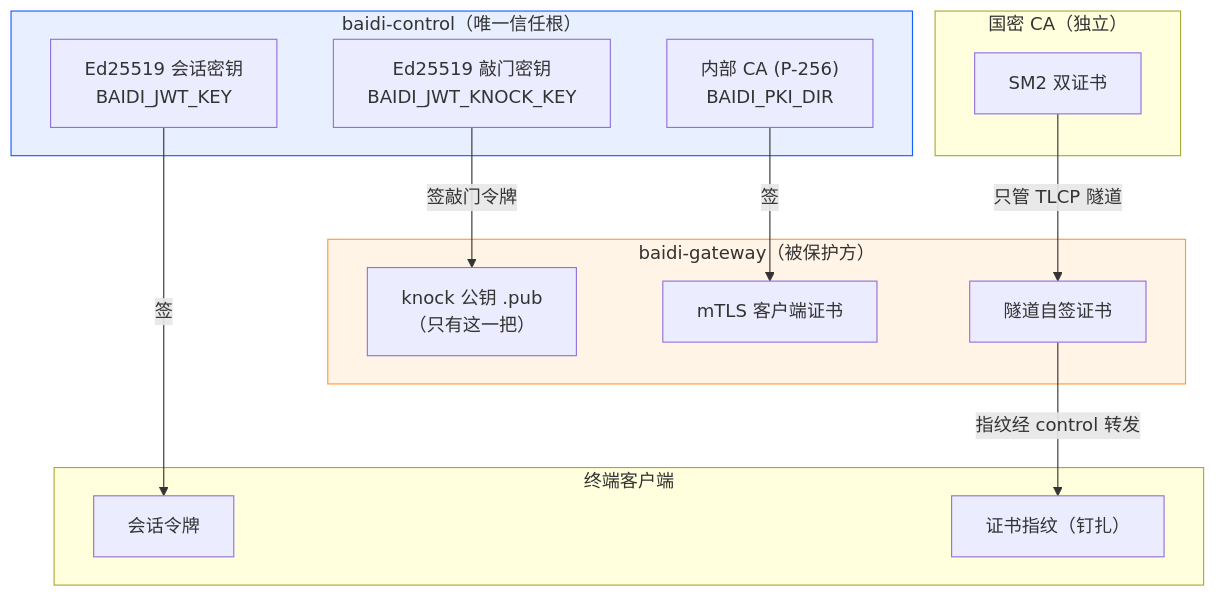
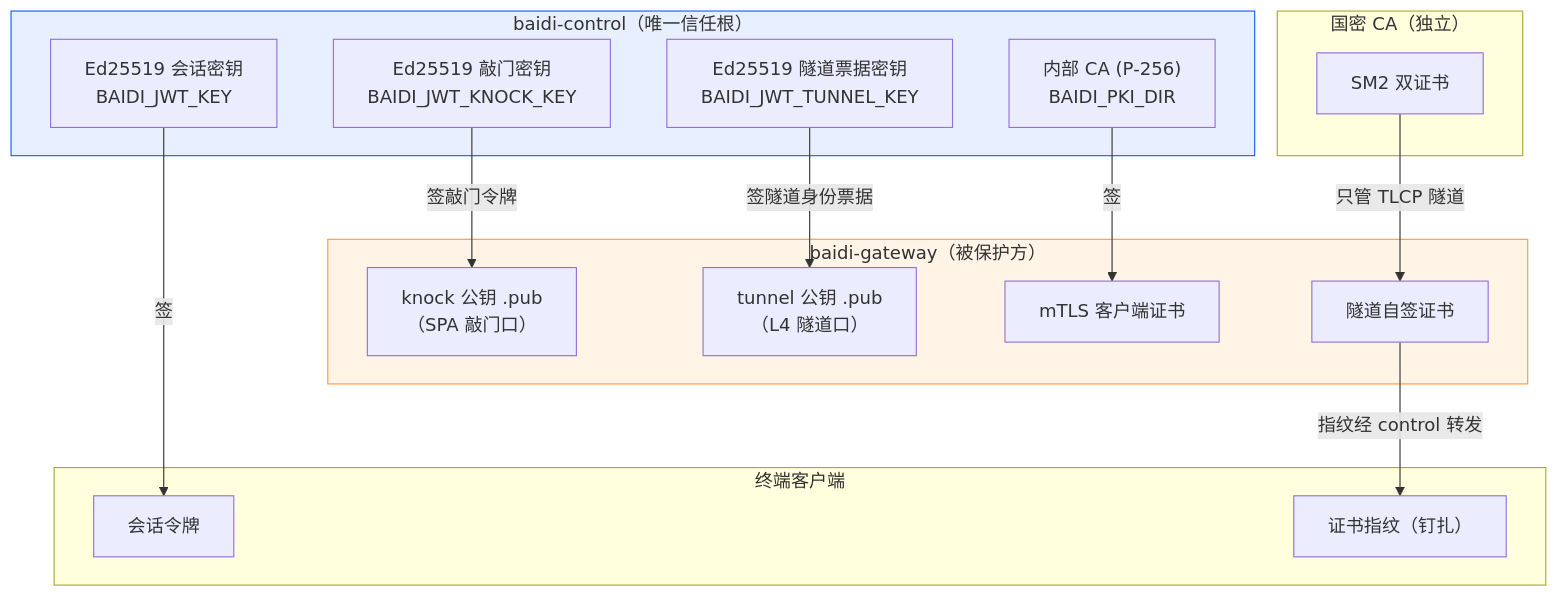
One commit to Promethues0/baidi changed the second of 3 diagrams in docs/ARCHITECTURE.md. Above: the diagram before and after it, drawn with Mermaid. The commit also changed other lines of this file and 1 other file, not shown here.

````diff
--- a/docs/ARCHITECTURE.md
+++ b/docs/ARCHITECTURE.md
@@ -101,29 +101,32 @@
 ```mermaid
 graph TB
     subgraph CT["baidi-control（唯一信任根）"]
         K1["Ed25519 会话密钥<br/>BAIDI_JWT_KEY"]
         K2["Ed25519 敲门密钥<br/>BAIDI_JWT_KNOCK_KEY"]
+        K3["Ed25519 隧道票据密钥<br/>BAIDI_JWT_TUNNEL_KEY"]
         CA1["内部 CA (P-256)<br/>BAIDI_PKI_DIR"]
     end
     subgraph GW["baidi-gateway（被保护方）"]
-        P2["knock 公钥 .pub<br/>（只有这一把）"]
+        P2["knock 公钥 .pub<br/>（SPA 敲门口）"]
+        P3["tunnel 公钥 .pub<br/>（L4 隧道口）"]
         MC["mTLS 客户端证书"]
         SC["隧道自签证书"]
     end
     subgraph CL["终端客户端"]
         TK["会话令牌"]
         PIN["证书指纹（钉扎）"]
     end
     subgraph GM["国密 CA（独立）"]
         SM["SM2 双证书"]
     end
 
     K1 -->|签| TK
     K2 -->|签敲门令牌| P2
+    K3 -->|签隧道身份票据| P3
     CA1 -->|签| MC
     SC -->|指纹经 control 转发| PIN
     SM -->|只管 TLCP 隧道| SC
 
     style CT fill:#e8f0ff,stroke:#165DFF
     style GW fill:#fff4e6,stroke:#ff9a2e
 ```
````
